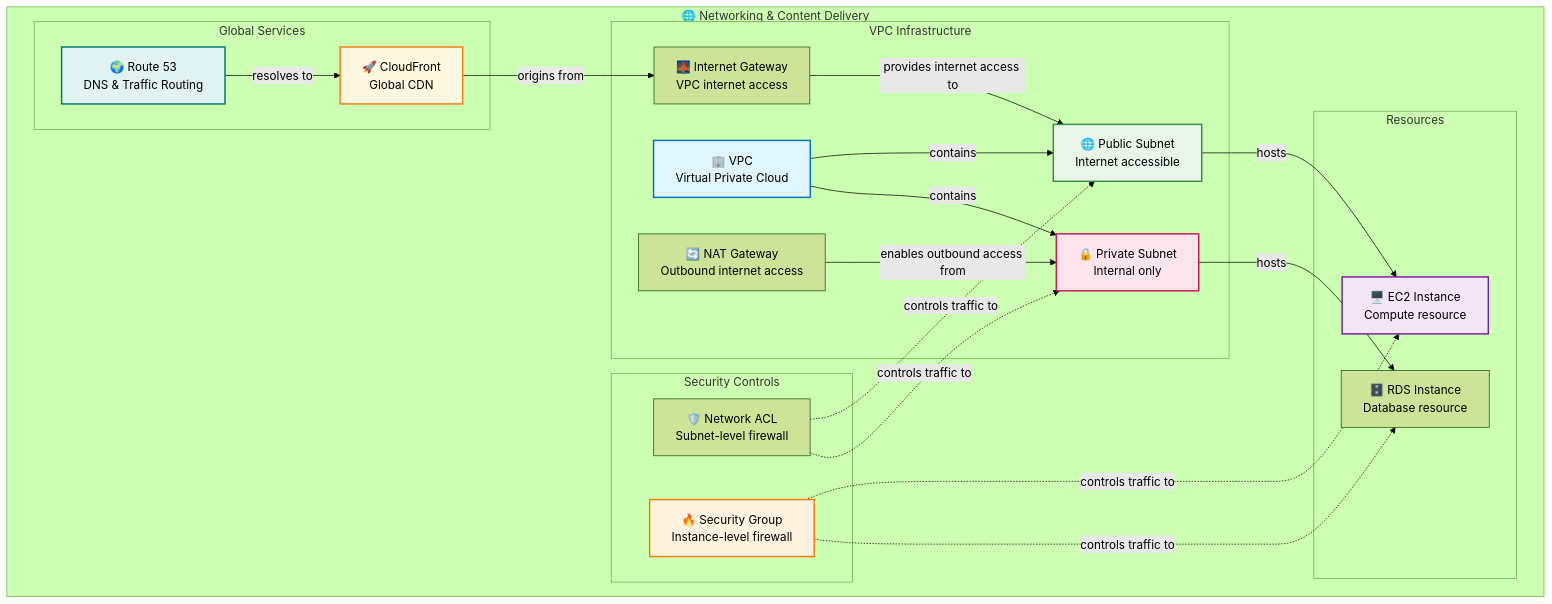
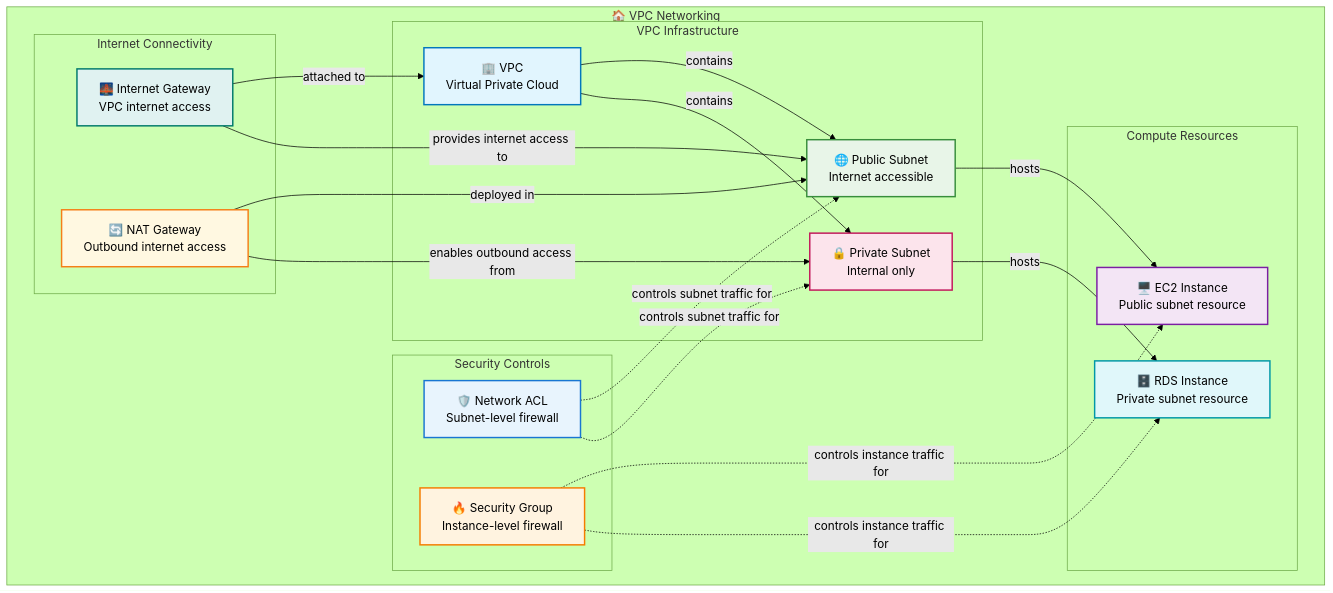
One commit to razkevich/system_design_course changed the seventh of 10 diagrams in 1.4_distributed_systems/aws_resource_hierarchy_guide.md. Above: the diagram before and after it, drawn with Mermaid (forest theme). The commit also changed other lines of this file and 1 other file, not shown here.

````diff
--- a/1.4_distributed_systems/aws_resource_hierarchy_guide.md
+++ b/1.4_distributed_systems/aws_resource_hierarchy_guide.md
@@ -240,49 +277,49 @@
 ```mermaid
 flowchart TD
-    subgraph "🌐 Networking & Content Delivery"
-        
-        subgraph "Global Services"
-            Route53["🌍 Route 53<br/>DNS & Traffic Routing"]
-            CloudFront["🚀 CloudFront<br/>Global CDN"]
-        end
+    subgraph "🏠 VPC Networking"
         
         subgraph "VPC Infrastructure"
             VPC["🏢 VPC<br/>Virtual Private Cloud"]
             PublicSubnet["🌐 Public Subnet<br/>Internet accessible"]
             PrivateSubnet["🔒 Private Subnet<br/>Internal only"]
+        end
+        
+        subgraph "Internet Connectivity"
             IGW["🌉 Internet Gateway<br/>VPC internet access"]
             NAT["🔄 NAT Gateway<br/>Outbound internet access"]
         end
         
         subgraph "Security Controls"
             NACL["🛡️ Network ACL<br/>Subnet-level firewall"]
             SecurityGroup["🔥 Security Group<br/>Instance-level firewall"]
         end
         
-        subgraph "Resources"
-            EC2Instance["🖥️ EC2 Instance<br/>Compute resource"]
-            RDSInstance["🗄️ RDS Instance<br/>Database resource"]
+        subgraph "Compute Resources"
+            EC2Instance["🖥️ EC2 Instance<br/>Public subnet resource"]
+            RDSInstance["🗄️ RDS Instance<br/>Private subnet resource"]
         end
         
-        Route53 -->|"resolves to"| CloudFront
-        CloudFront -->|"origins from"| IGW
         VPC -->|"contains"| PublicSubnet
         VPC -->|"contains"| PrivateSubnet
+        IGW -->|"attached to"| VPC
         IGW -->|"provides internet access to"| PublicSubnet
+        NAT -->|"deployed in"| PublicSubnet
         NAT -->|"enables outbound access from"| PrivateSubnet
-        NACL -.->|"controls traffic to"| PublicSubnet
-        NACL -.->|"controls traffic to"| PrivateSubnet
-        SecurityGroup -.->|"controls traffic to"| EC2Instance
-        SecurityGroup -.->|"controls traffic to"| RDSInstance
+        NACL -.->|"controls subnet traffic for"| PublicSubnet
+        NACL -.->|"controls subnet traffic for"| PrivateSubnet
+        SecurityGroup -.->|"controls instance traffic for"| EC2Instance
+        SecurityGroup -.->|"controls instance traffic for"| RDSInstance
         PublicSubnet -->|"hosts"| EC2Instance
         PrivateSubnet -->|"hosts"| RDSInstance
     end
     
     style VPC fill:#e1f5fe,stroke:#0277bd,stroke-width:2px,color:#000
     style PublicSubnet fill:#e8f5e8,stroke:#388e3c,stroke-width:2px,color:#000
     style PrivateSubnet fill:#fce4ec,stroke:#c2185b,stroke-width:2px,color:#000
     style SecurityGroup fill:#fff3e0,stroke:#f57c00,stroke-width:2px,color:#000
     style EC2Instance fill:#f3e5f5,stroke:#7b1fa2,stroke-width:2px,color:#000
-    style CloudFront fill:#fff8e1,stroke:#f57f17,stroke-width:2px,color:#000
-    style Route53 fill:#e0f2f1,stroke:#00796b,stroke-width:2px,color:#000
+    style IGW fill:#e0f2f1,stroke:#00796b,stroke-width:2px,color:#000
+    style NAT fill:#fff8e1,stroke:#f57f17,stroke-width:2px,color:#000
+    style NACL fill:#e8f4fd,stroke:#1976d2,stroke-width:2px,color:#000
+    style RDSInstance fill:#e0f7fa,stroke:#0097a7,stroke-width:2px,color:#000
 ```
````
